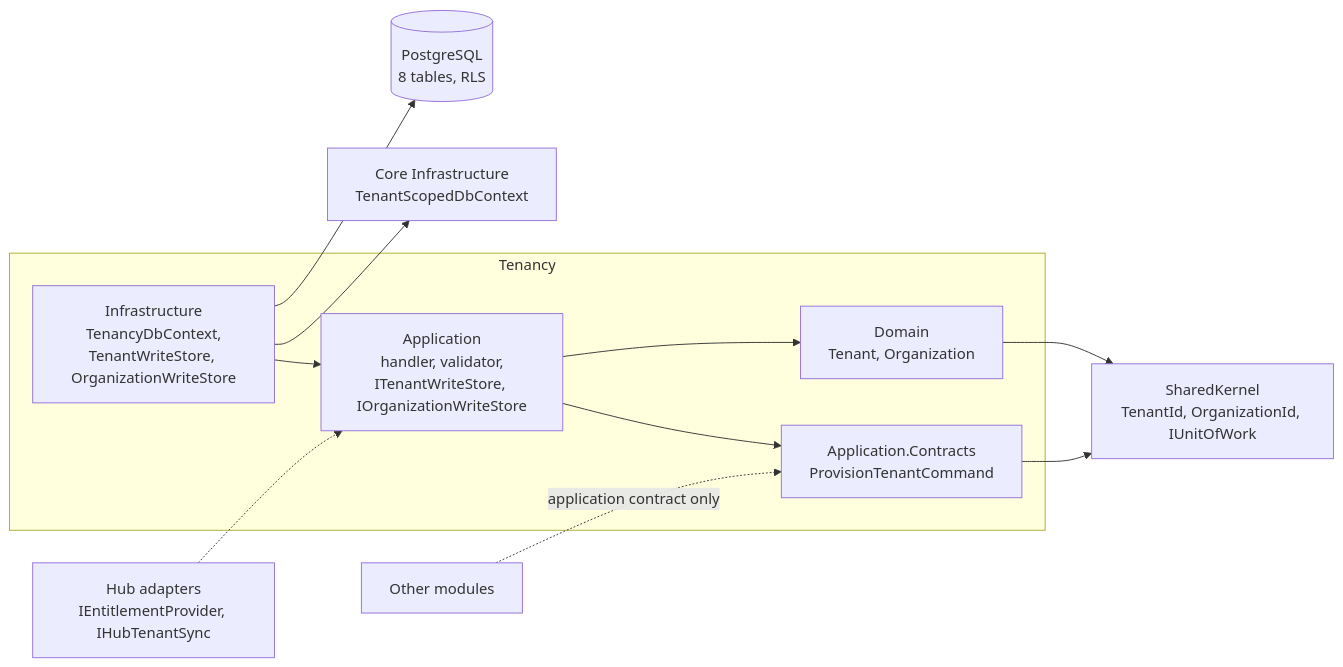
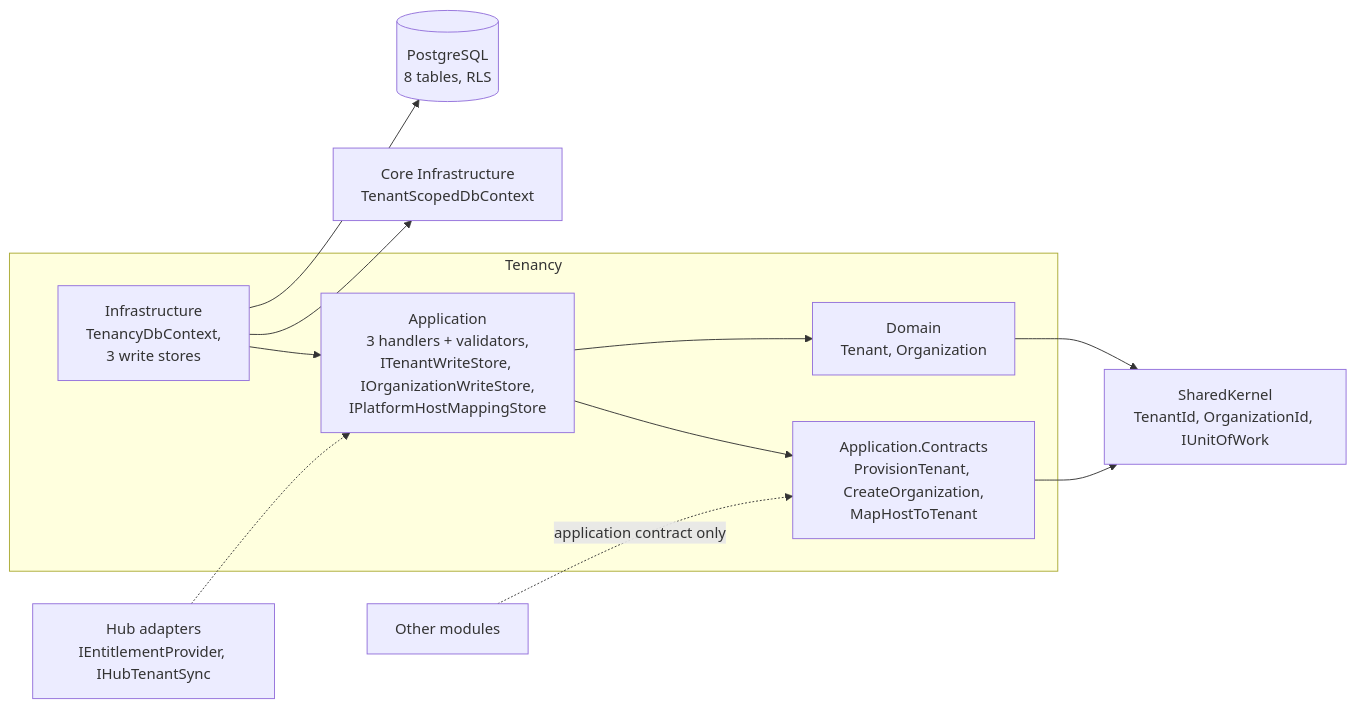
The sixth of 6 diagrams in docs/modules/tenancy/README.md (HodeTech/LearnStack), drawn with Mermaid before and after one commit. The commit also changed other lines of this file and 24 other files, not shown here.

````diff
--- a/docs/modules/tenancy/README.md
+++ b/docs/modules/tenancy/README.md
@@ -258,24 +258,24 @@
 ```mermaid
 flowchart LR
     subgraph Tenancy
         DOM[Domain<br/>Tenant, Organization]
-        CON[Application.Contracts<br/>ProvisionTenantCommand]
-        APP[Application<br/>handler, validator,<br/>ITenantWriteStore, IOrganizationWriteStore]
-        INF[Infrastructure<br/>TenancyDbContext,<br/>TenantWriteStore, OrganizationWriteStore]
+        CON[Application.Contracts<br/>ProvisionTenant, CreateOrganization,<br/>MapHostToTenant]
+        APP[Application<br/>3 handlers + validators,<br/>ITenantWriteStore, IOrganizationWriteStore,<br/>IPlatformHostMappingStore]
+        INF[Infrastructure<br/>TenancyDbContext,<br/>3 write stores]
     end
     SK[SharedKernel<br/>TenantId, OrganizationId, IUnitOfWork]
     CORE[Core Infrastructure<br/>TenantScopedDbContext]
     PG[(PostgreSQL<br/>8 tables, RLS)]
     HUB[Hub adapters<br/>IEntitlementProvider, IHubTenantSync]
     OTHER[Other modules]
 
     DOM --> SK
     CON --> SK
     APP --> CON
     APP --> DOM
     INF --> APP
     INF --> CORE
     INF --> PG
     HUB -.-> APP
     OTHER -.->|application contract only| CON
 ```
````
